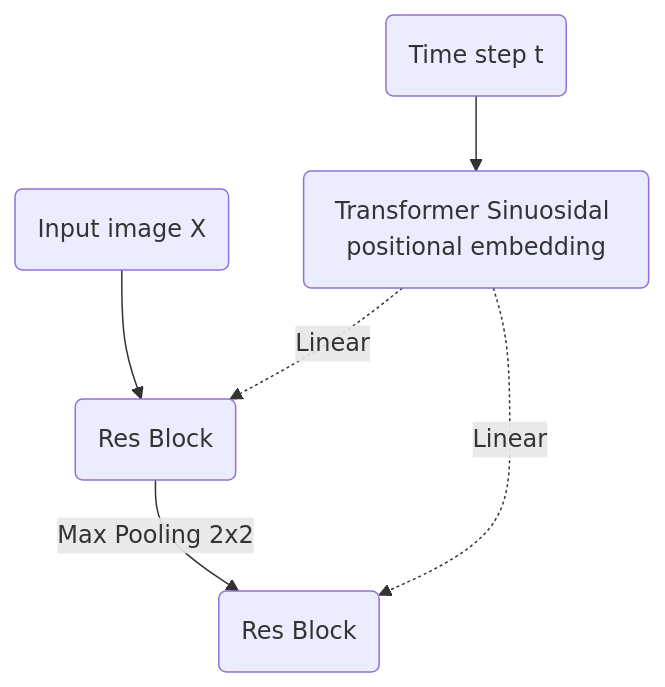
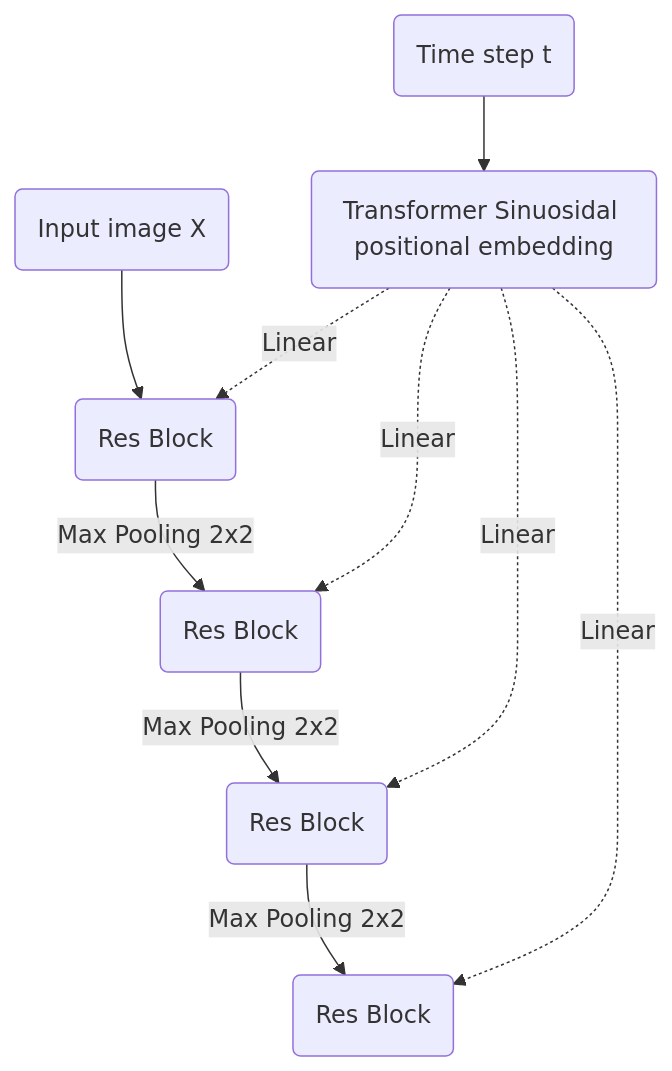
Before and after one commit to Michedev/DDPMs-Pytorch: the diagram in readme.md, drawn with Mermaid. The commit also changed other lines of this file and 4 other files, not shown here.

````diff
--- a/readme.md
+++ b/readme.md
@@ -1,8 +11,13 @@
 ```mermaid
   graph TD;
       T(Time step t)-->B(Transformer Sinuosidal positional embedding);
       X(Input image X)-->R1(Res Block);
       B-.-> |Linear| R1;
       R1--> |Max Pooling 2x2| R2(Res Block);
       B-.-> |Linear| R2;
+      R2--> |Max Pooling 2x2| R3(Res Block);
+      B-.-> |Linear| R3;
+      R3--> |Max Pooling 2x2| R4(Res Block);
+      B-.-> |Linear| R4;
+
 ```
````
